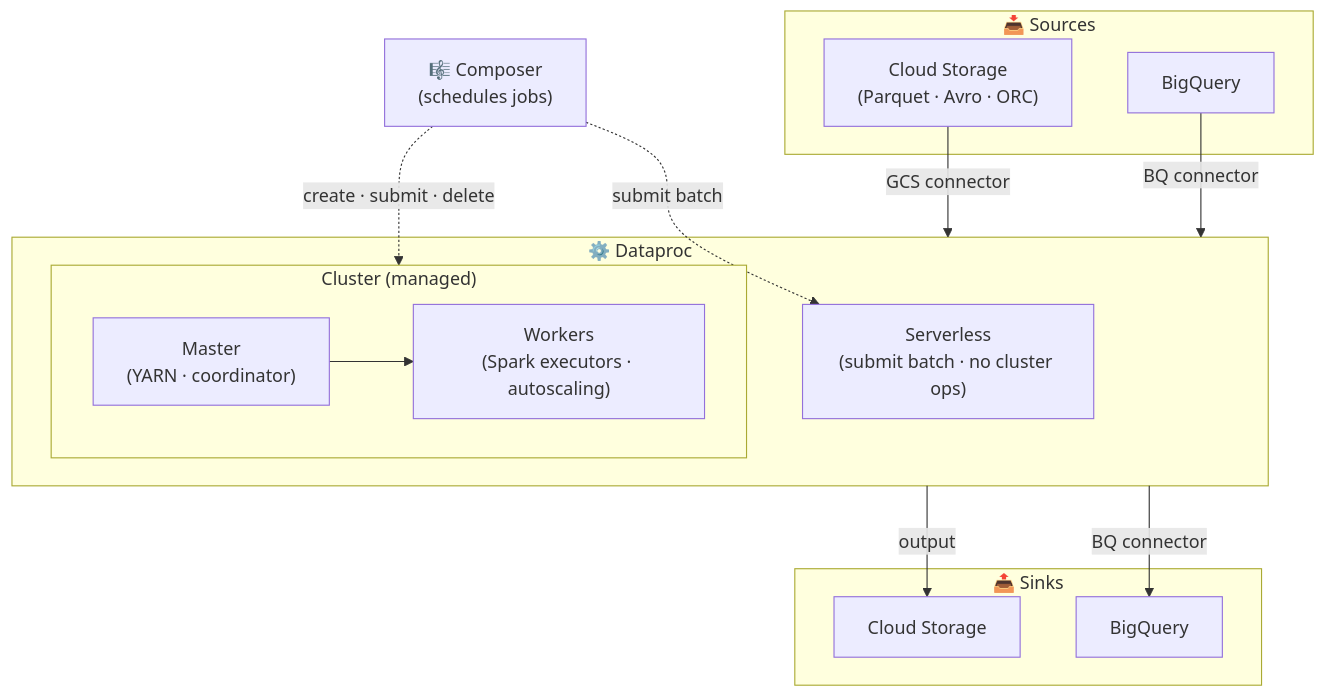
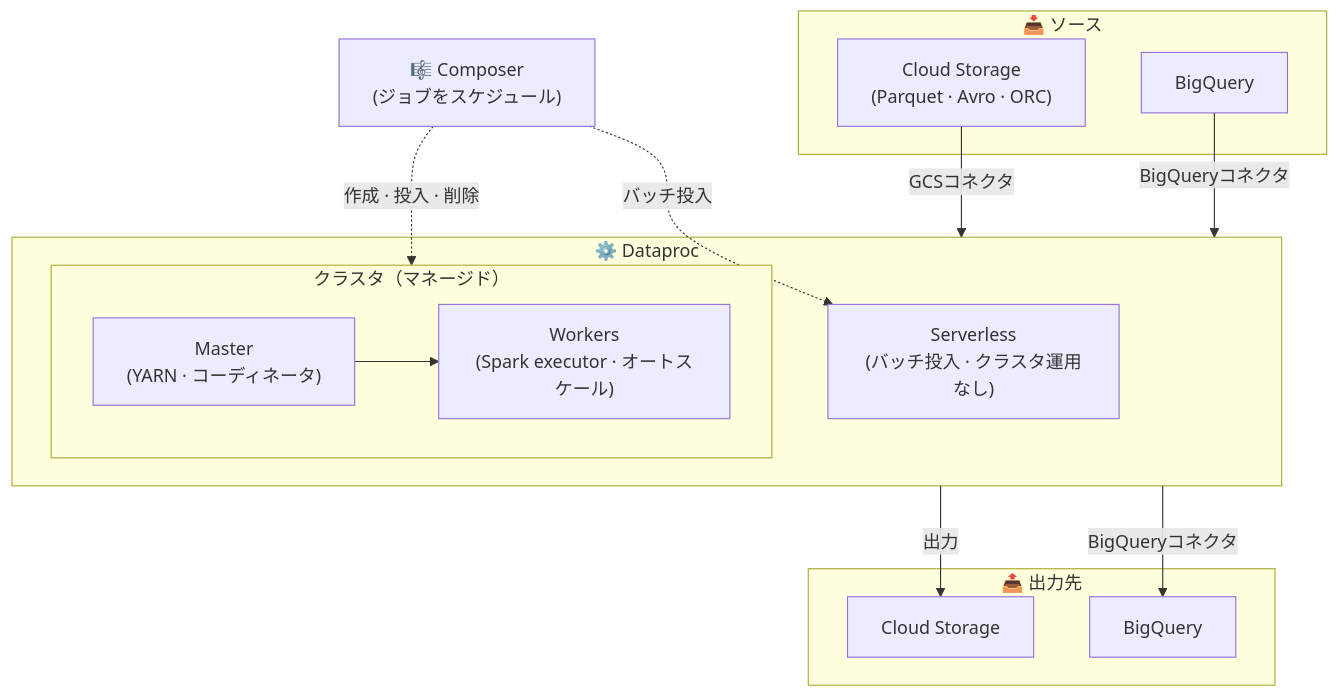
The diagram in content/Processing/Dataproc.md (Maskish86/gcp-pde-exam-guide-ja), drawn with Mermaid before and after one commit. The commit also changed other lines of this file and 30 other files, not shown here.

````diff
--- a/content/Processing/Dataproc.md
+++ b/content/Processing/Dataproc.md
@@ -37,34 +37,34 @@
 ```mermaid
 flowchart TB
 
-ORC["🎼 Composer<br/>(schedules jobs)"]
+ORC["🎼 Composer<br/>(ジョブをスケジュール)"]
 
-subgraph SRC["📥 Sources"]
+subgraph SRC["📥 ソース"]
     GCS_IN["Cloud Storage<br/>(Parquet · Avro · ORC)"]
     BQ_IN[BigQuery]
 end
 
 subgraph DPC["⚙️ Dataproc"]
-    subgraph CLUSTER["Cluster (managed)"]
+    subgraph CLUSTER["クラスタ（マネージド）"]
         direction LR
-        M["Master<br/>(YARN · coordinator)"]
-        W["Workers<br/>(Spark executors · autoscaling)"]
+        M["Master<br/>(YARN · コーディネータ)"]
+        W["Workers<br/>(Spark executor · オートスケール)"]
         M --> W
     end
-    SLS["Serverless<br/>(submit batch · no cluster ops)"]
+    SLS["Serverless<br/>(バッチ投入 · クラスタ運用なし)"]
 end
 
-subgraph SNK["📤 Sinks"]
+subgraph SNK["📤 出力先"]
     GCS_OUT[Cloud Storage]
     BQ_OUT[BigQuery]
 end
 
-ORC -.->|create · submit · delete| CLUSTER
-ORC -.->|submit batch| SLS
+ORC -.->|作成 · 投入 · 削除| CLUSTER
+ORC -.->|バッチ投入| SLS
 
-GCS_IN -->|GCS connector| DPC
-BQ_IN -->|BQ connector| DPC
+GCS_IN -->|GCSコネクタ| DPC
+BQ_IN -->|BigQueryコネクタ| DPC
 
-DPC -->|output| GCS_OUT
-DPC -->|BQ connector| BQ_OUT
+DPC -->|出力| GCS_OUT
+DPC -->|BigQueryコネクタ| BQ_OUT
 ```
````
